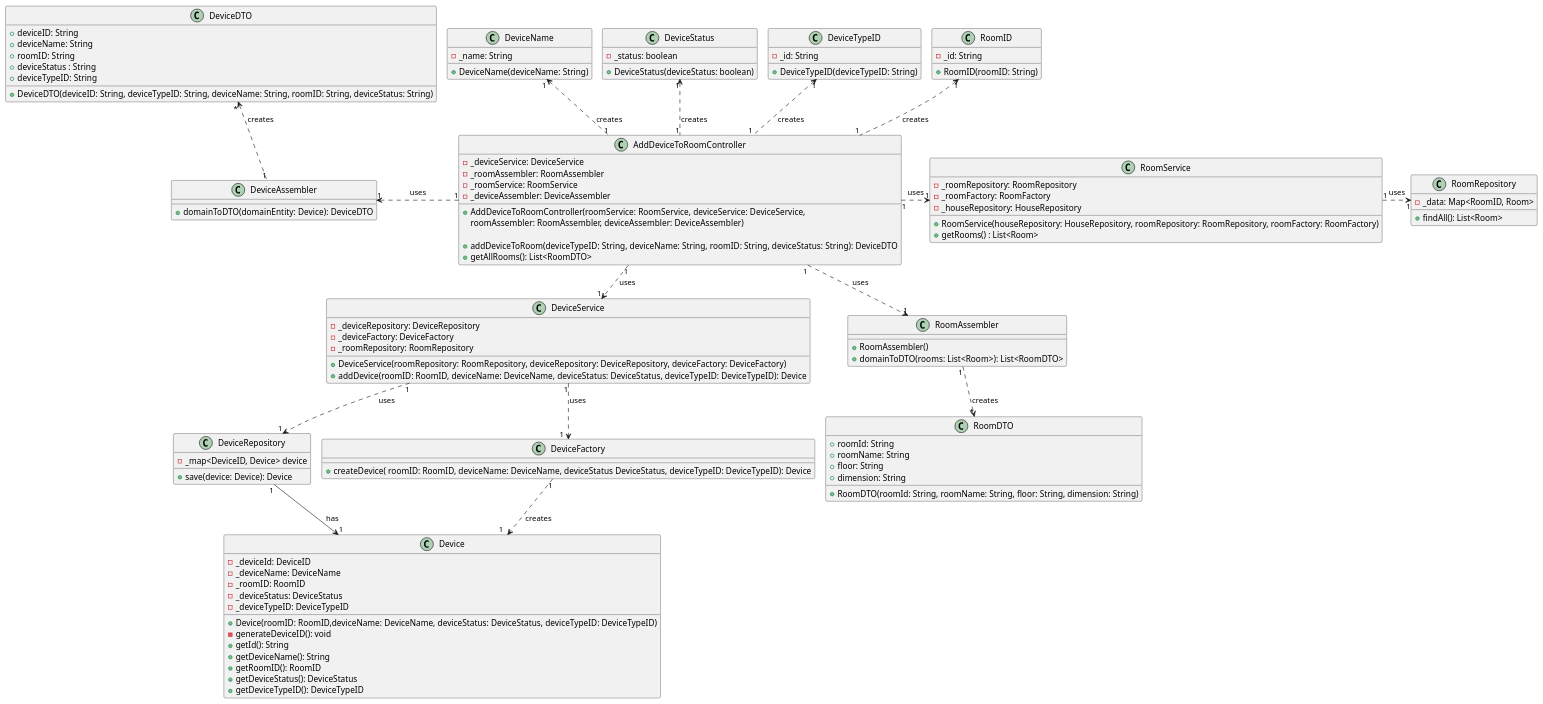
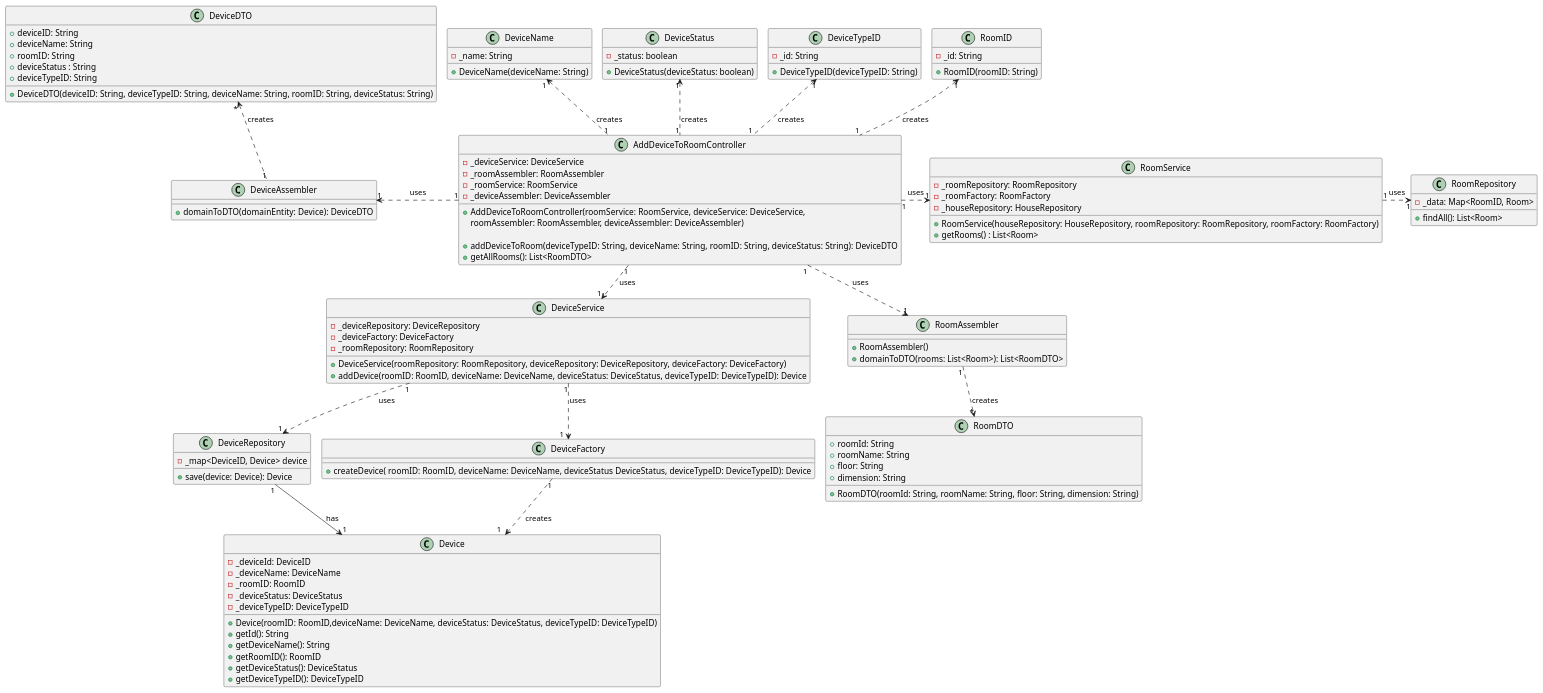
One commit to olivDiogo/SmartHome changed the diagram in docs/userStories/us05/artifacts/US05CD.puml. Above: the diagram before and after it, drawn with PlantUML.

Commit message:
#124 [fix] - remove private method from diagram class

```diff
--- a/docs/userStories/us05/artifacts/US05CD.puml
+++ b/docs/userStories/us05/artifacts/US05CD.puml
@@ -1,124 +1,123 @@
 @startuml
 !pragma layout smetana
 
 class Device {
   - _deviceId: DeviceID
   - _deviceName: DeviceName
   - _roomID: RoomID
   - _deviceStatus: DeviceStatus
   - _deviceTypeID: DeviceTypeID
 
   + Device(roomID: RoomID,deviceName: DeviceName, deviceStatus: DeviceStatus, deviceTypeID: DeviceTypeID)
-  - generateDeviceID(): void
   + getId(): String
   + getDeviceName(): String
   + getRoomID(): RoomID
   + getDeviceStatus(): DeviceStatus
   + getDeviceTypeID(): DeviceTypeID
   }
 
 class DeviceFactory {
   + createDevice( roomID: RoomID, deviceName: DeviceName, deviceStatus DeviceStatus, deviceTypeID: DeviceTypeID): Device
   }
 
 class DeviceRepository {
   - _map<DeviceID, Device> device
   + save(device: Device): Device
   }
 class DeviceService {
   - _deviceRepository: DeviceRepository
   - _deviceFactory: DeviceFactory
   - _roomRepository: RoomRepository
     + DeviceService(roomRepository: RoomRepository, deviceRepository: DeviceRepository, deviceFactory: DeviceFactory)
   + addDevice(roomID: RoomID, deviceName: DeviceName, deviceStatus: DeviceStatus, deviceTypeID: DeviceTypeID): Device
   }
 
  class RoomService{
   - _roomRepository: RoomRepository
   - _roomFactory: RoomFactory
   - _houseRepository: HouseRepository
   + RoomService(houseRepository: HouseRepository, roomRepository: RoomRepository, roomFactory: RoomFactory)
   + getRooms() : List<Room>
   }
 
 class RoomRepository {
   - _data: Map<RoomID, Room>
   + findAll(): List<Room>
   }
 
 class RoomAssembler {
     +RoomAssembler()
     +domainToDTO(rooms: List<Room>): List<RoomDTO>
     }
 
 
 class RoomID {
   - _id: String
   + RoomID(roomID: String)
   }
 
 class DeviceName {
   - _name: String
   + DeviceName(deviceName: String)
   }
 
 class DeviceStatus {
   - _status: boolean
   + DeviceStatus(deviceStatus: boolean)
   }
 class DeviceTypeID {
   - _id: String
   + DeviceTypeID(deviceTypeID: String)
   }
 
 class RoomDTO {
     + roomId: String
     + roomName: String
     + floor: String
     + dimension: String
     + RoomDTO(roomId: String, roomName: String, floor: String, dimension: String)
 }
 
 class AddDeviceToRoomController {
   - _deviceService: DeviceService
   - _roomAssembler: RoomAssembler
   - _roomService: RoomService
   - _deviceAssembler: DeviceAssembler
   + AddDeviceToRoomController(roomService: RoomService, deviceService: DeviceService,
    roomAssembler: RoomAssembler, deviceAssembler: DeviceAssembler)
 
   + addDeviceToRoom(deviceTypeID: String, deviceName: String, roomID: String, deviceStatus: String): DeviceDTO
   + getAllRooms(): List<RoomDTO>
   }
 class DeviceDTO {
 + deviceID: String
 + deviceName: String
 + roomID: String
 + deviceStatus : String
 + deviceTypeID: String
 + DeviceDTO(deviceID: String, deviceTypeID: String, deviceName: String, roomID: String, deviceStatus: String)
 }
 class DeviceAssembler{
   + domainToDTO(domainEntity: Device): DeviceDTO
   }
 
 
 DeviceRepository "1" -down-> "1" Device: has
 DeviceService "1".down.>"1  " DeviceFactory: uses
 AddDeviceToRoomController "1".left.>"1" DeviceAssembler: uses
 DeviceService "1".down.>"1" DeviceRepository: uses
 RoomService "1".right.>"1" RoomRepository: uses
 DeviceFactory "1".down.>"1  " Device: creates
 AddDeviceToRoomController "1".down.>"1" DeviceService: uses
 AddDeviceToRoomController "1".right.>"1" RoomService: uses
 DeviceAssembler "1".up.> "*" DeviceDTO: creates
 AddDeviceToRoomController "1".down.>"1" RoomAssembler: uses
 RoomAssembler "1".down.>"*" RoomDTO: creates
 AddDeviceToRoomController "1".up.>"1" RoomID: creates
 AddDeviceToRoomController "1".up.>"1" DeviceName: creates
 AddDeviceToRoomController "1".up.>"1" DeviceStatus: creates
 AddDeviceToRoomController "1".up.>"1" DeviceTypeID: creates
 
 
 
 @enduml
```
